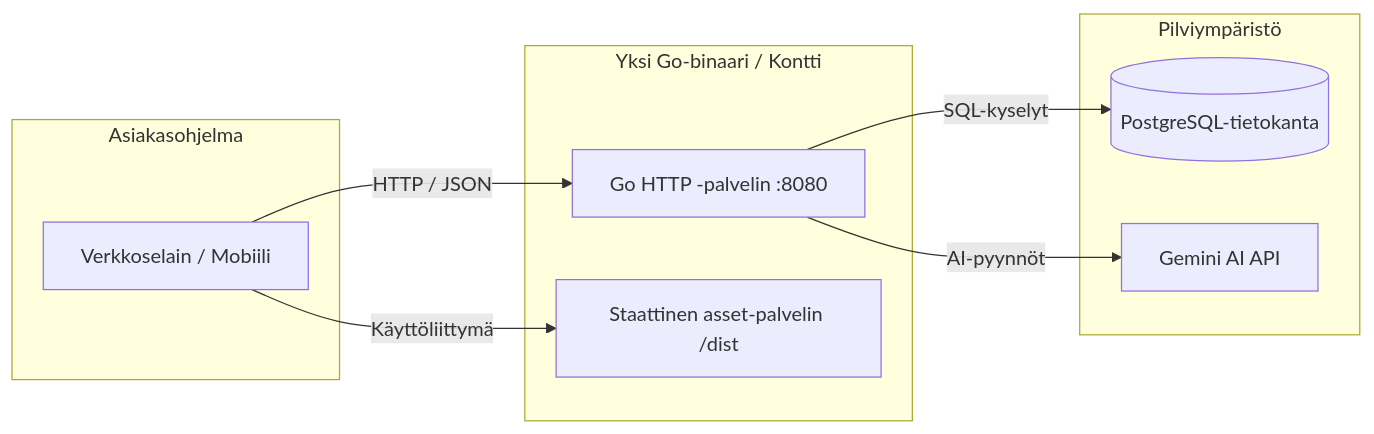
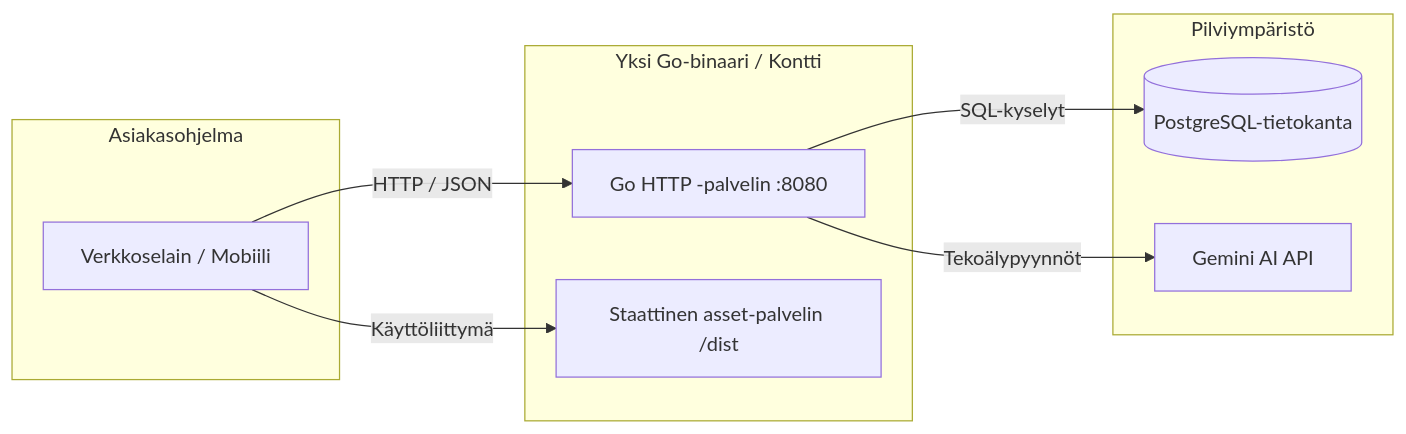
The diagram in docs/fi/guide/self-hosting.md (mvirtai/clible-v3-go), drawn with Mermaid before and after one commit. The commit also changed other lines of this file and 21 other files, not shown here.

````diff
--- a/docs/fi/guide/self-hosting.md
+++ b/docs/fi/guide/self-hosting.md
@@ -15,21 +15,21 @@
 ```mermaid
 flowchart LR
     subgraph Asiakas ["Asiakasohjelma"]
         Browser["Verkkoselain / Mobiili"]
     end
     
     subgraph Palvelin ["Yksi Go-binaari / Kontti"]
         API["Go HTTP -palvelin :8080"]
         SPA["Staattinen asset-palvelin /dist"]
     end
     
     subgraph Pilvi ["Pilviympäristö"]
         DB[("PostgreSQL-tietokanta")]
         AI["Gemini AI API"]
     end
     
     Browser -->|HTTP / JSON| API
     Browser -->|Käyttöliittymä| SPA
     API -->|SQL-kyselyt| DB
-    API -->|AI-pyynnöt| AI
+    API -->|Tekoälypyynnöt| AI
 ```
````
